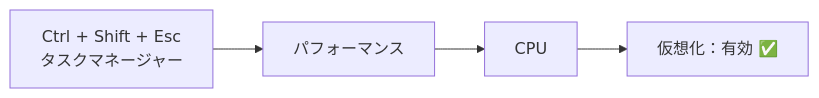
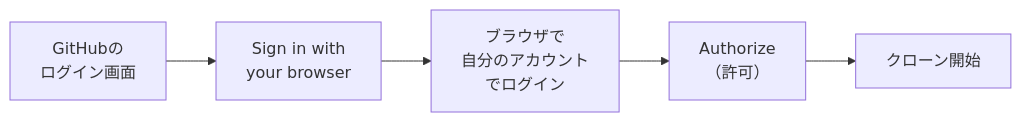
The second of 4 diagrams in docs/1年生_データ設計とアプリ開発/後期/20261008/20261008_資料_2.md (hakobunet/iica-koyama), drawn with Mermaid before and after one commit. The commit also changed other lines of this file and 2 other files, not shown here.

````diff
--- a/docs/1年生_データ設計とアプリ開発/後期/20261008/20261008_資料_2.md
+++ b/docs/1年生_データ設計とアプリ開発/後期/20261008/20261008_資料_2.md
@@ -119,4 +35,5 @@
 ```mermaid
 graph LR
-    A[Ctrl + Shift + Esc<br>タスクマネージャー] --> B[パフォーマンス] --> C[CPU] --> D[仮想化：有効 ✅]
+    A[GitHubの<br>ログイン画面] --> B[Sign in with<br>your browser] --> C[ブラウザで<br>自分のアカウント<br>でログイン]
+    C --> D[Authorize<br>（許可）] --> E[クローン開始]
 ```
````
